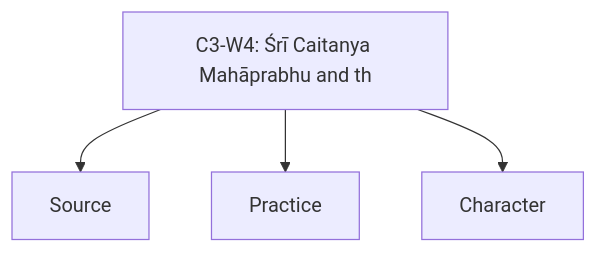
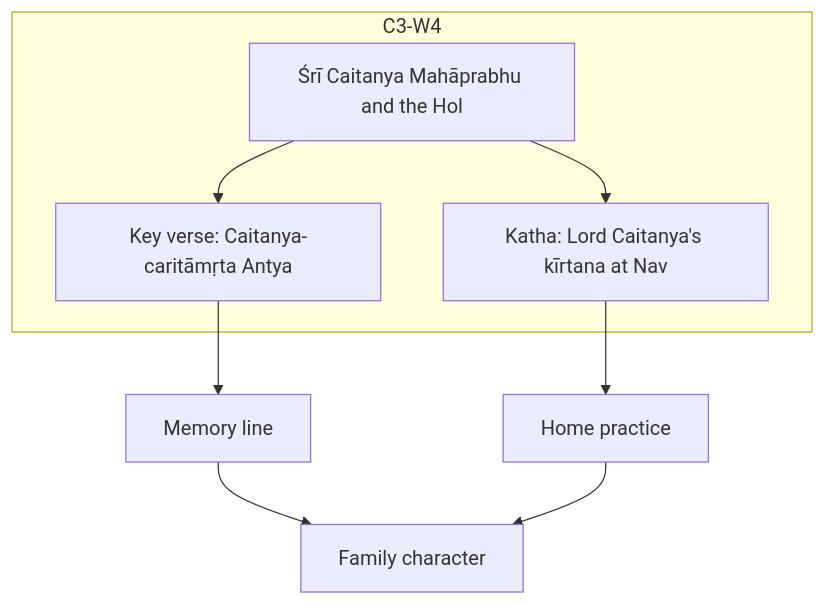
The diagram in 11-weekly-program-library/first-six-months/c3-w4-śrī-caitanya-mahāprabhu-and-the-holy-name/visuals/concept-map.mmd (swap2you/kutumba-family-program), drawn with Mermaid before and after one commit. The commit also changed 201 other files, not shown here.

```diff
--- a/11-weekly-program-library/first-six-months/c3-w4-śrī-caitanya-mahāprabhu-and-the-holy-name/visuals/concept-map.mmd
+++ b/11-weekly-program-library/first-six-months/c3-w4-śrī-caitanya-mahāprabhu-and-the-holy-name/visuals/concept-map.mmd
@@ -1,4 +1,12 @@
-flowchart TD
-  A[C3-W4: Śrī Caitanya Mahāprabhu and th] --> B[Source]
-  A --> C[Practice]
-  A --> D[Character]
+flowchart TB
+    subgraph MODULE["C3-W4"]
+        A["Śrī Caitanya Mahāprabhu and the Hol"]
+        B["Key verse: Caitanya-caritāmṛta Antya"]
+        C["Katha: Lord Caitanya's kīrtana at Nav"]
+    end
+    A --> B
+    A --> C
+    B --> D[Memory line]
+    C --> E[Home practice]
+    D --> F[Family character]
+    E --> F
```
